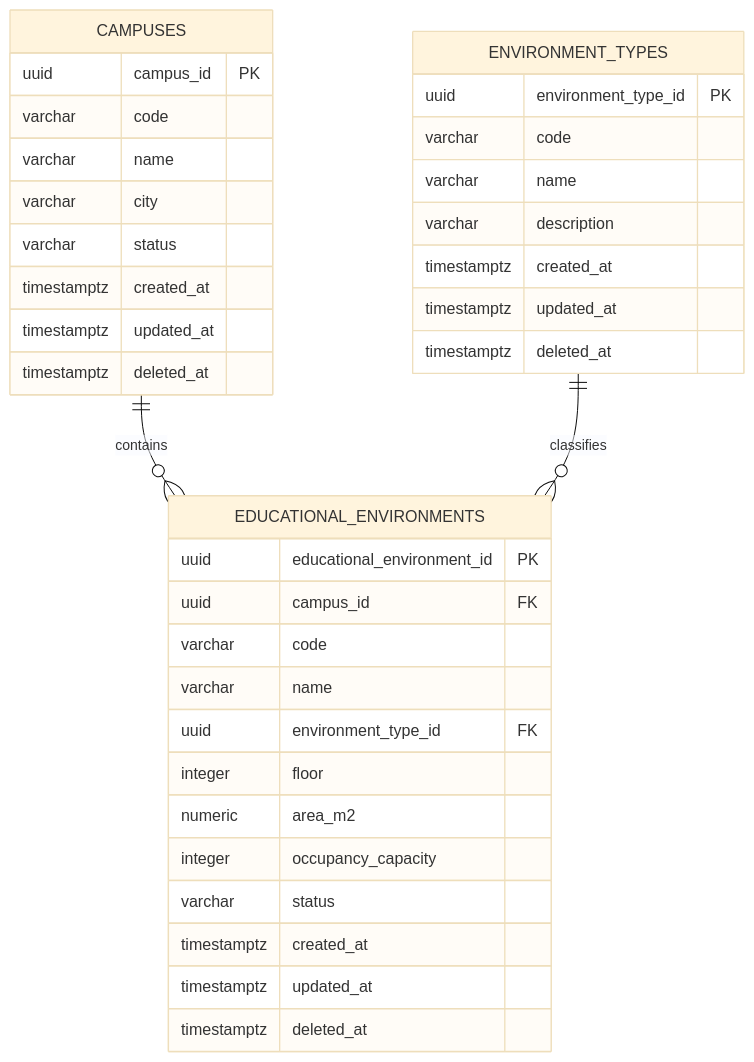
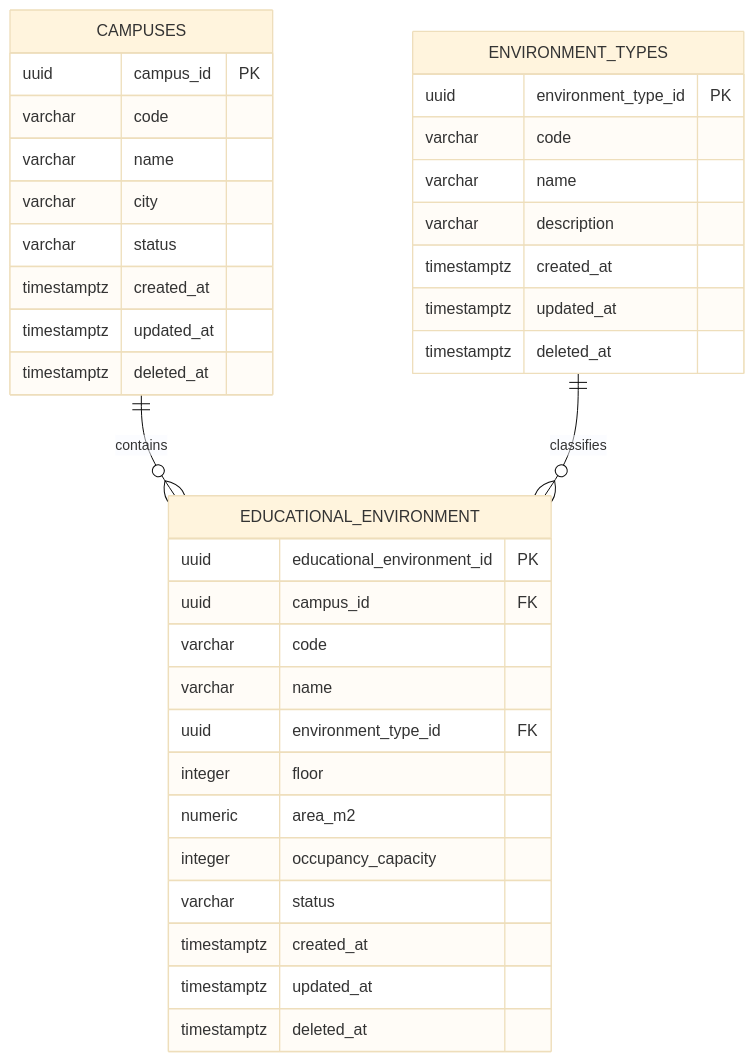
One commit to code-sena/ea-control-docs changed the diagram in 06-data/domain/ms-classroom-management.md. Above: the diagram before and after it, drawn with Mermaid (base theme). The commit also changed other lines of this file and 7 other files, not shown here.

````diff
--- a/06-data/domain/ms-classroom-management.md
+++ b/06-data/domain/ms-classroom-management.md
@@ -509,43 +509,43 @@
 ```mermaid
 erDiagram
 
-    CAMPUSES ||--o{ EDUCATIONAL_ENVIRONMENTS : contains
+    CAMPUSES ||--o{ EDUCATIONAL_ENVIRONMENT : contains
 
-    ENVIRONMENT_TYPES ||--o{ EDUCATIONAL_ENVIRONMENTS : classifies
+    ENVIRONMENT_TYPES ||--o{ EDUCATIONAL_ENVIRONMENT : classifies
 
     CAMPUSES {
         uuid campus_id PK
         varchar code
         varchar name
         varchar city
         varchar status
         timestamptz created_at
         timestamptz updated_at
         timestamptz deleted_at
     }
 
     ENVIRONMENT_TYPES {
         uuid environment_type_id PK
         varchar code
         varchar name
         varchar description
         timestamptz created_at
         timestamptz updated_at
         timestamptz deleted_at
     }
 
-    EDUCATIONAL_ENVIRONMENTS {
+    EDUCATIONAL_ENVIRONMENT {
         uuid educational_environment_id PK
         uuid campus_id FK
         varchar code
         varchar name
         uuid environment_type_id FK
         integer floor
         numeric area_m2
         integer occupancy_capacity
         varchar status
         timestamptz created_at
         timestamptz updated_at
         timestamptz deleted_at
     }
 ```
````
